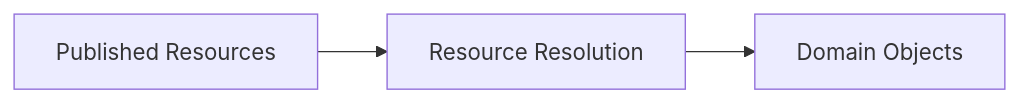
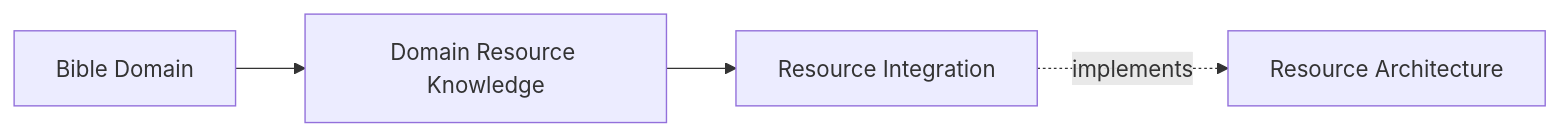
The fourth of 6 diagrams in docs/PROJECT_CONTEXT.md (kjvonly/kjvonly.bible), drawn with Mermaid before and after one commit. The commit also changed other lines of this file, not shown here.

````diff
--- a/docs/PROJECT_CONTEXT.md
+++ b/docs/PROJECT_CONTEXT.md
@@ -779,13 +810,17 @@
-```mermaid
+```mermaid id="k8r91v"
 flowchart LR
 
-    Published["Published Resources"]
+    Domain["Bible Domain"]
 
-    Resolution["Resource Resolution"]
+    Knowledge["Domain Resource Knowledge"]
 
-    DomainObjects["Domain Objects"]
+    ResourceIntegration["Resource Integration"]
 
-    Published --> Resolution
+    ResourceArchitecture["Resource Architecture"]
 
-    Resolution --> DomainObjects
+    Domain --> Knowledge
+
+    Knowledge --> ResourceIntegration
+
+    ResourceIntegration -.implements.-> ResourceArchitecture
 ```
````
